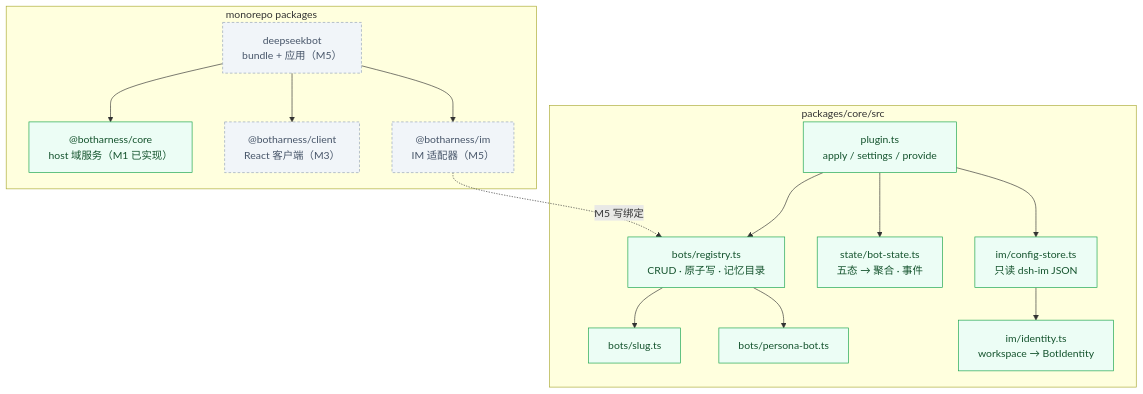
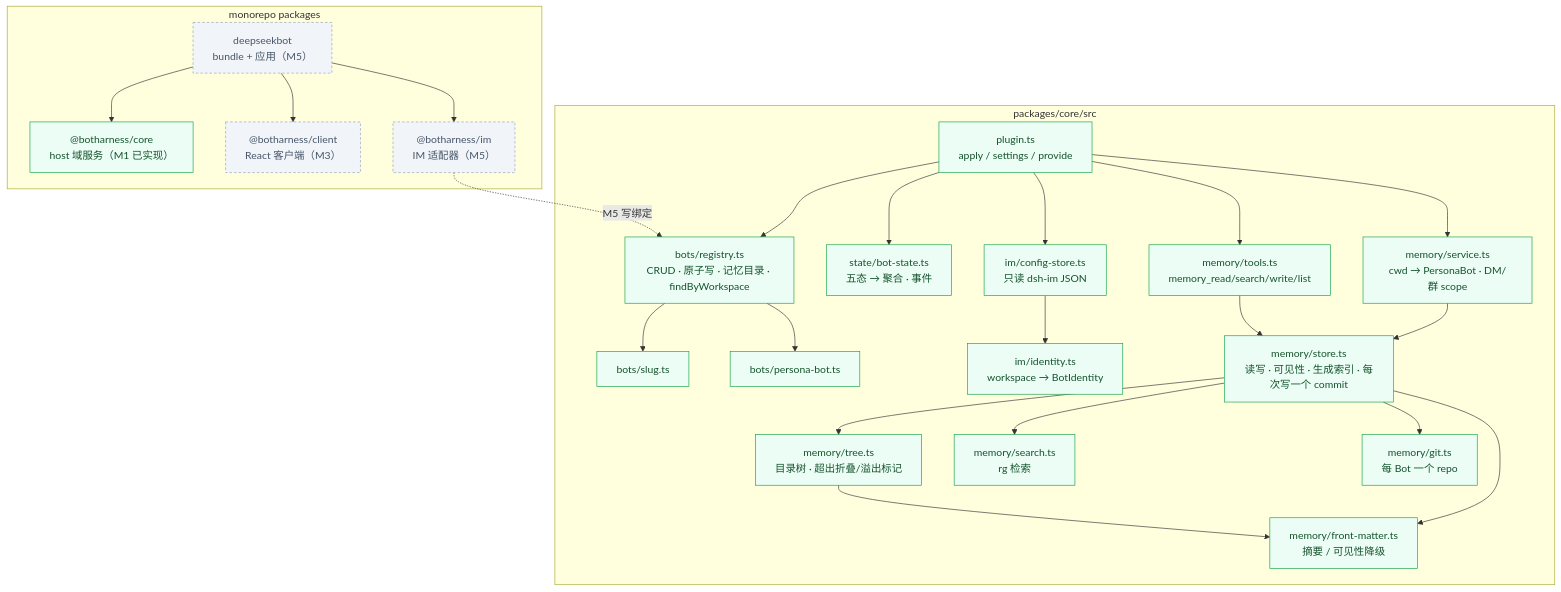
One commit to BotHarness/BotHarness changed the second of 6 diagrams in docs/architecture/botharness-architecture.md. Above: the diagram before and after it, drawn with Mermaid. The commit also changed other lines of this file and 44 other files, not shown here.

First line of the commit message:
feat(core): M2 memory MVP — store, tools, git, prompt injection

````diff
--- a/docs/architecture/botharness-architecture.md
+++ b/docs/architecture/botharness-architecture.md
@@ -42,36 +42,52 @@
 ```mermaid
 flowchart TB
   subgraph pkgs["monorepo packages"]
     Bundle["deepseekbot<br/>bundle + 应用（M5）"]
     CorePkg["@botharness/core<br/>host 域服务（M1 已实现）"]
     ClientPkg["@botharness/client<br/>React 客户端（M3）"]
     ImPkg["@botharness/im<br/>IM 适配器（M5）"]
   end
 
   Bundle --> CorePkg
   Bundle --> ClientPkg
   Bundle --> ImPkg
 
   subgraph core["packages/core/src"]
     Plugin["plugin.ts<br/>apply / settings / provide"]
-    Registry["bots/registry.ts<br/>CRUD · 原子写 · 记忆目录"]
+    Registry["bots/registry.ts<br/>CRUD · 原子写 · 记忆目录 · findByWorkspace"]
     Slug["bots/slug.ts"]
     Record["bots/persona-bot.ts"]
     State["state/bot-state.ts<br/>五态 → 聚合 · 事件"]
     Store["im/config-store.ts<br/>只读 dsh-im JSON"]
     Identity["im/identity.ts<br/>workspace → BotIdentity"]
+    MemoryService["memory/service.ts<br/>cwd → PersonaBot · DM/群 scope"]
+    MemoryTools["memory/tools.ts<br/>memory_read/search/write/list"]
+    MemoryStore["memory/store.ts<br/>读写 · 可见性 · 生成索引 · 每次写一个 commit"]
+    MemoryTree["memory/tree.ts<br/>目录树 · 超出折叠/溢出标记"]
+    MemorySearch["memory/search.ts<br/>rg 检索"]
+    MemoryGit["memory/git.ts<br/>每 Bot 一个 repo"]
+    FrontMatter["memory/front-matter.ts<br/>摘要 / 可见性降级"]
   end
 
   Plugin --> Registry
   Plugin --> State
   Plugin --> Store
+  Plugin --> MemoryService
+  Plugin --> MemoryTools
   Registry --> Slug
   Registry --> Record
   Store --> Identity
+  MemoryService --> MemoryStore
+  MemoryTools --> MemoryStore
+  MemoryStore --> MemoryTree
+  MemoryStore --> MemorySearch
+  MemoryStore --> MemoryGit
+  MemoryStore --> FrontMatter
+  MemoryTree --> FrontMatter
   ImPkg -.->|"M5 写绑定"| Registry
 
   classDef ours fill:#ecfdf5,stroke:#16a34a,color:#14532d;
   classDef later fill:#f1f5f9,stroke:#94a3b8,color:#475569,stroke-dasharray:4 3;
-  class CorePkg,Plugin,Registry,Slug,Record,State,Store,Identity ours;
+  class CorePkg,Plugin,Registry,Slug,Record,State,Store,Identity,MemoryService,MemoryTools,MemoryStore,MemoryTree,MemorySearch,MemoryGit,FrontMatter ours;
   class Bundle,ClientPkg,ImPkg later;
 ```
````
